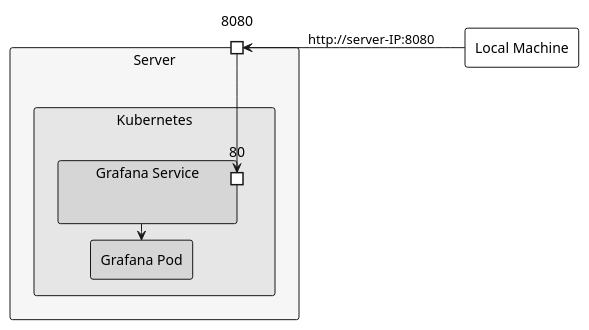
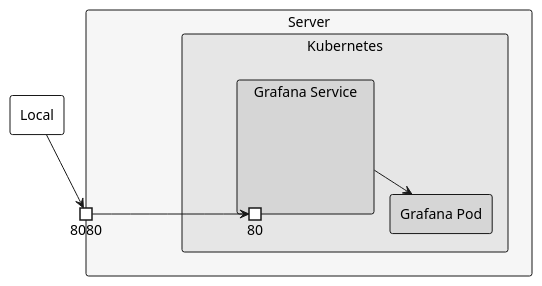
Before and after one commit to cristianrgreco/cristianrgreco.github.io-: the diagram in _posts/2024-11-26-observability-for-your-home-server-with-prometheus-grafana-and-loki.adoc, drawn with PlantUML.

Commit message:
Add PlantUML diagram showing port forwarding

```diff
--- a/_posts/2024-11-26-observability-for-your-home-server-with-prometheus-grafana-and-loki.adoc
+++ b/_posts/2024-11-26-observability-for-your-home-server-with-prometheus-grafana-and-loki.adoc
@@ -411,22 +411,21 @@
 [plantuml, format=svg]
 ----
-left to right direction
 skinparam ComponentStyle rectangle
 skinparam ComponentFontStyle normal
 skinparam ComponentBorderThickness 1
 
-Component Local as "Local Machine" #white
+Component Local #white
 Component Server #f6f6f6 {
   Component Kubernetes #e6e6e6 {
     Component GrafanaPod as "Grafana Pod" #d6d6d6
     Component GrafanaService as "Grafana Service" #d6d6d6 {
       portout 80 #ffffff
     }
   }
   portout 8080 #ffffff
 }
 
-Local -up-> 8080: "http://server-IP:8080"
-8080 -> 80
-GrafanaService -> GrafanaPod
+Local --> 8080
+8080 --> 80
+GrafanaService --> GrafanaPod
 ----
```
